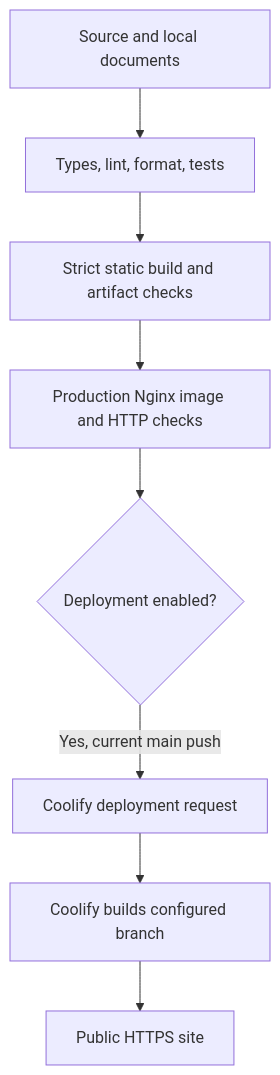
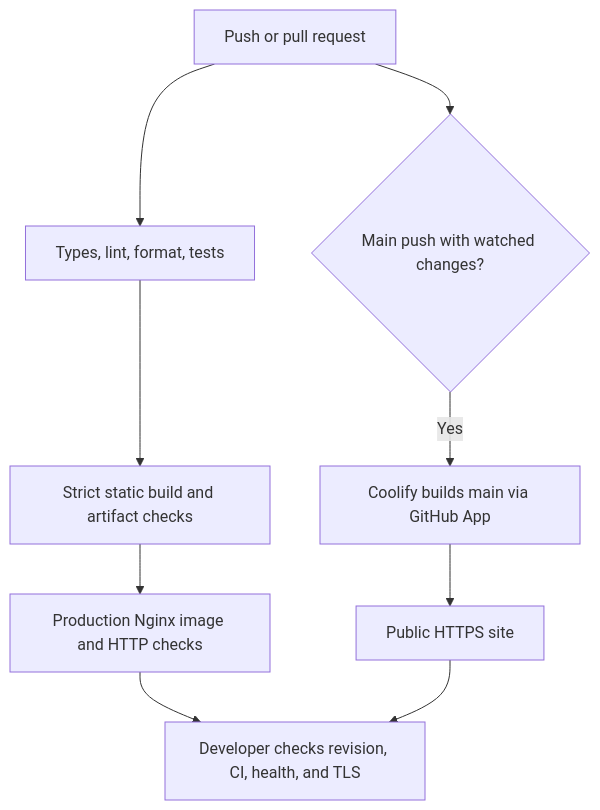
Before and after one commit to awpala/financial-calculators: the diagram in docs/adrs/deployment.md, drawn with Mermaid. The commit also changed other lines of this file and 8 other files, not shown here.

````diff
--- a/docs/adrs/deployment.md
+++ b/docs/adrs/deployment.md
@@ -34,10 +34,11 @@
 ```mermaid
 flowchart TD
-  SOURCE[Source and local documents] --> VERIFY[Types, lint, format, tests]
+  SOURCE[Push or pull request] --> VERIFY[Types, lint, format, tests]
   VERIFY --> STATIC[Strict static build and artifact checks]
   STATIC --> IMAGE[Production Nginx image and HTTP checks]
-  IMAGE --> ENABLED{Deployment enabled?}
-  ENABLED -->|Yes, current main push| WEBHOOK[Coolify deployment request]
-  WEBHOOK --> BUILD[Coolify builds configured branch]
+  SOURCE --> SELECTED{Main push with watched changes?}
+  SELECTED -->|Yes| BUILD[Coolify builds main via GitHub App]
   BUILD --> SITE[Public HTTPS site]
+  IMAGE --> REVIEW[Developer checks revision, CI, health, and TLS]
+  SITE --> REVIEW
 ```
````
